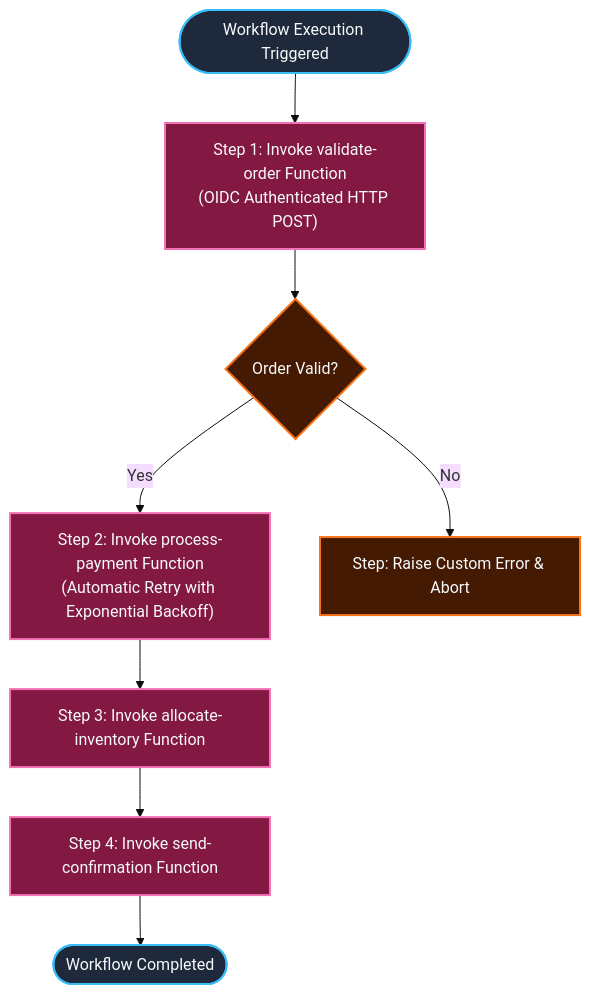
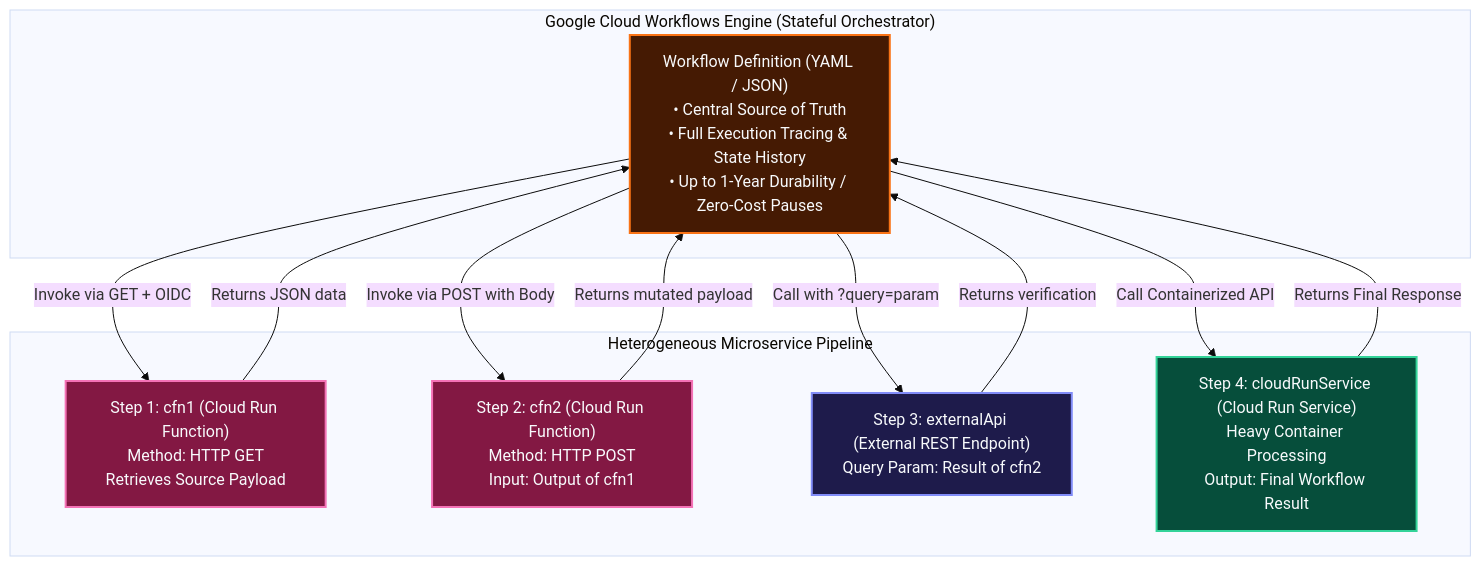
Before and after one commit to Chief-Strategist-J/gcd: the third of 3 diagrams in cloud-run-functions/triggers-vpc-workflows.md, drawn with Mermaid (base theme). The commit also changed other lines of this file, not shown here.

Commit message:
docs(cloud-run-functions): expand Serverless VPC Access connector rules and 4-tier Workflows pipeline

````diff
--- a/cloud-run-functions/triggers-vpc-workflows.md
+++ b/cloud-run-functions/triggers-vpc-workflows.md
@@ -225,25 +248,27 @@
 ```mermaid
 graph TD
-    classDef step fill:#1E293B,stroke:#38BDF8,stroke-width:2px,color:#F8FAFC;
+    classDef wf fill:#451A03,stroke:#F97316,stroke-width:2px,color:#F8FAFC;
     classDef fn fill:#831843,stroke:#F472B6,stroke-width:2px,color:#F8FAFC;
-    classDef logic fill:#451A03,stroke:#F97316,stroke-width:2px,color:#F8FAFC;
+    classDef ext fill:#1E1B4B,stroke:#818CF8,stroke-width:2px,color:#F8FAFC;
+    classDef run fill:#064E3B,stroke:#34D399,stroke-width:2px,color:#F8FAFC;
 
-    WFStart(["Workflow Execution Triggered"]):::step
-    
-    CallValidate["Step 1: Invoke validate-order Function<br/>(OIDC Authenticated HTTP POST)"]:::fn
-    CheckValidity{"Order Valid?"}:::logic
-    
-    CallPayment["Step 2: Invoke process-payment Function<br/>(Automatic Retry with Exponential Backoff)"]:::fn
-    CallInventory["Step 3: Invoke allocate-inventory Function"]:::fn
-    CallNotify["Step 4: Invoke send-confirmation Function"]:::fn
-    FailStep["Step: Raise Custom Error & Abort"]:::logic
-    WFEnd(["Workflow Completed"]):::step
+    subgraph WorkflowsStateEngine ["Google Cloud Workflows Engine (Stateful Orchestrator)"]
+        WF["Workflow Definition (YAML / JSON)<br/>• Central Source of Truth<br/>• Full Execution Tracing & State History<br/>• Up to 1-Year Durability / Zero-Cost Pauses"]:::wf
+    end
 
-    WFStart --> CallValidate
-    CallValidate --> CheckValidity
-    CheckValidity -->|No| FailStep
-    CheckValidity -->|Yes| CallPayment
-    CallPayment --> CallInventory
-    CallInventory --> CallNotify
-    CallNotify --> WFEnd
+    subgraph ServiceChain ["Heterogeneous Microservice Pipeline"]
+        CFN1["Step 1: cfn1 (Cloud Run Function)<br/>Method: HTTP GET<br/>Retrieves Source Payload"]:::fn
+        CFN2["Step 2: cfn2 (Cloud Run Function)<br/>Method: HTTP POST<br/>Input: Output of cfn1"]:::fn
+        ExtAPI["Step 3: externalApi (External REST Endpoint)<br/>Query Param: Result of cfn2"]:::ext
+        RunSvc["Step 4: cloudRunService (Cloud Run Service)<br/>Heavy Container Processing<br/>Output: Final Workflow Result"]:::run
+    end
+
+    WF -->|Invoke via GET + OIDC| CFN1
+    CFN1 -->|Returns JSON data| WF
+    WF -->|Invoke via POST with Body| CFN2
+    CFN2 -->|Returns mutated payload| WF
+    WF -->|Call with ?query=param| ExtAPI
+    ExtAPI -->|Returns verification| WF
+    WF -->|Call Containerized API| RunSvc
+    RunSvc -->|Returns Final Response| WF
 ```
````
